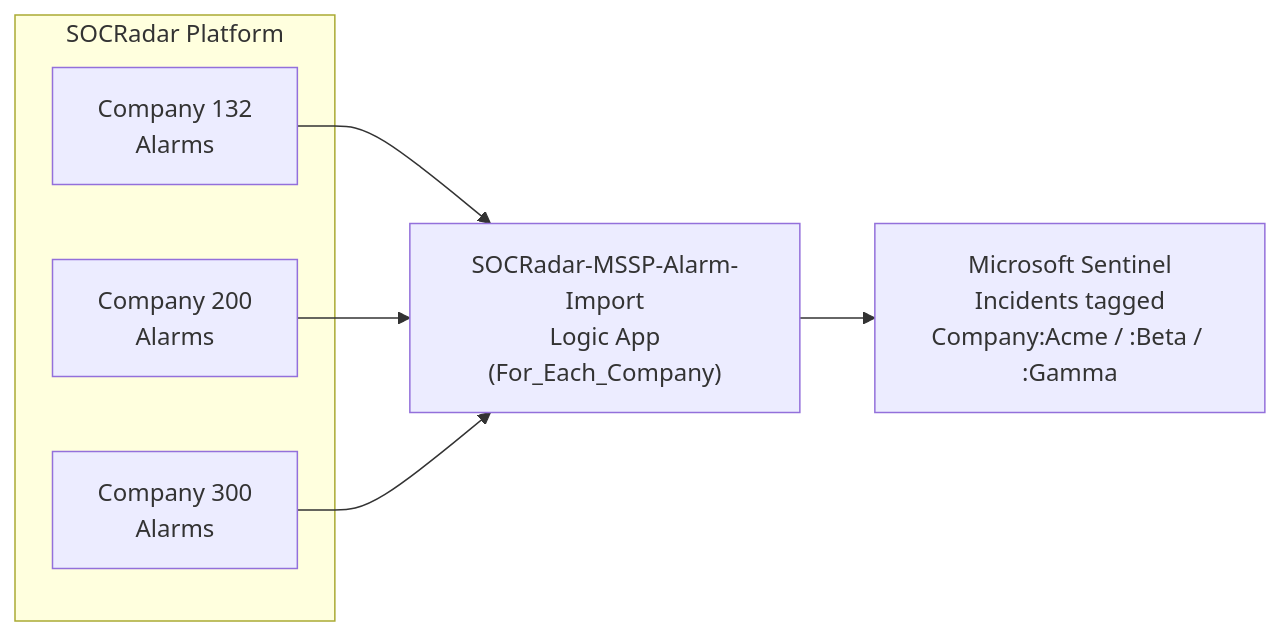
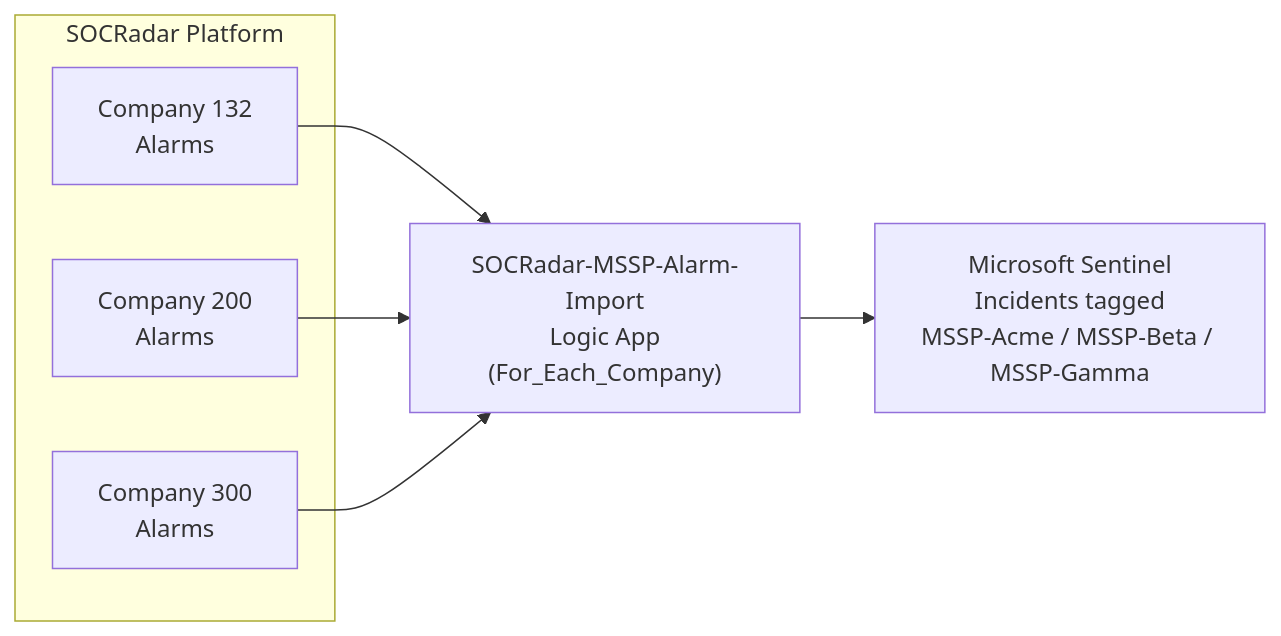
The first of 2 diagrams in production/README.md (orcunsami/SOCRadar-Azure-MSSP-Incidents), drawn with Mermaid before and after one commit. The commit also changed other lines of this file and 19 other files, not shown here.

Commit message:
Pagination fail-closed gate, per-company completion check, audit logging + severity sync, CI schema/drift checks

````diff
--- a/production/README.md
+++ b/production/README.md
@@ -15,12 +15,12 @@
 ```mermaid
 flowchart LR
     subgraph SOCRadar["SOCRadar Platform"]
         A1["Company 132<br/>Alarms"]
         A2["Company 200<br/>Alarms"]
         A3["Company 300<br/>Alarms"]
     end
     A1 --> B["SOCRadar-MSSP-Alarm-Import<br/>Logic App<br/>(For_Each_Company)"]
     A2 --> B
     A3 --> B
-    B --> C["Microsoft Sentinel<br/>Incidents tagged<br/>Company:Acme / :Beta / :Gamma"]
+    B --> C["Microsoft Sentinel<br/>Incidents tagged<br/>MSSP-Acme / MSSP-Beta / MSSP-Gamma"]
 ```
````
